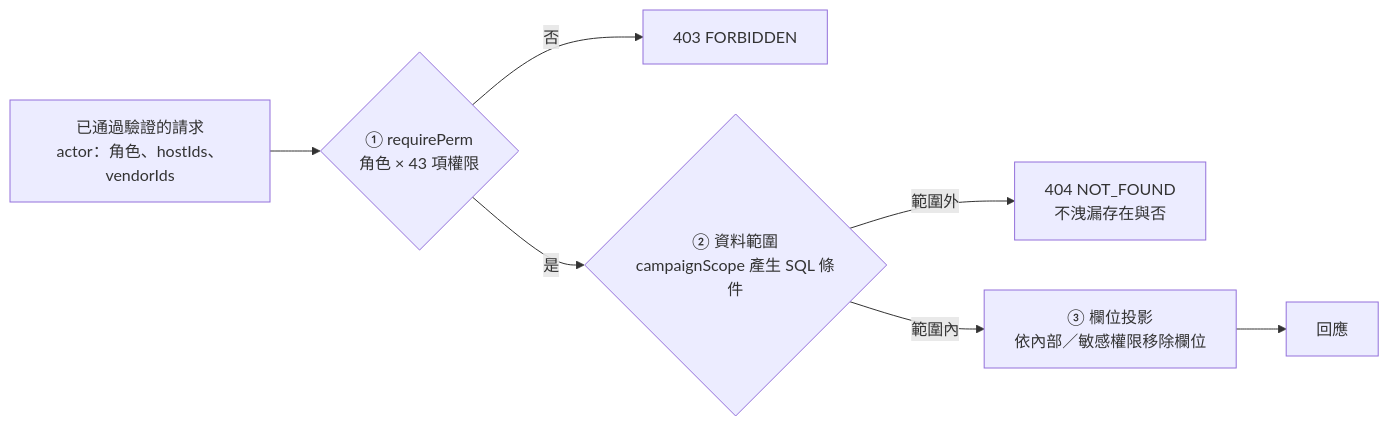
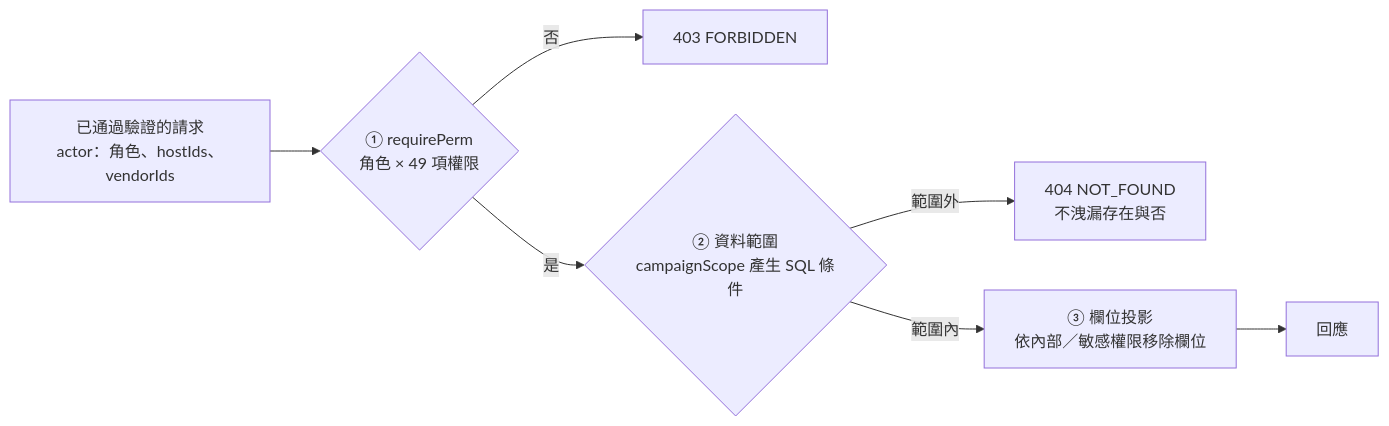
The eighth of 9 diagrams in docs/spec/SAD.md (ws19135/group-buying-operations), drawn with Mermaid before and after one commit. The commit also changed other lines of this file and 73 other files, not shown here.

````diff
--- a/docs/spec/SAD.md
+++ b/docs/spec/SAD.md
@@ -390,9 +448,9 @@
 ```mermaid
 flowchart LR
-  REQ["已通過驗證的請求<br/>actor：角色、hostIds、vendorIds"] --> L1{"① requirePerm<br/>角色 × 43 項權限"}
+  REQ["已通過驗證的請求<br/>actor：角色、hostIds、vendorIds"] --> L1{"① requirePerm<br/>角色 × 49 項權限"}
   L1 -->|"否"| E403["403 FORBIDDEN"]
   L1 -->|"是"| L2{"② 資料範圍<br/>campaignScope 產生 SQL 條件"}
   L2 -->|"範圍外"| E404["404 NOT_FOUND<br/>不洩漏存在與否"]
   L2 -->|"範圍內"| L3["③ 欄位投影<br/>依內部／敏感權限移除欄位"]
   L3 --> OUT["回應"]
 ```
````
